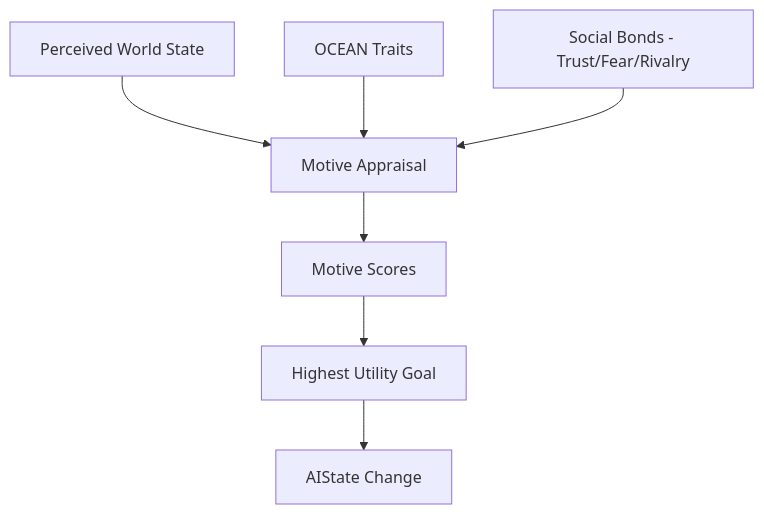
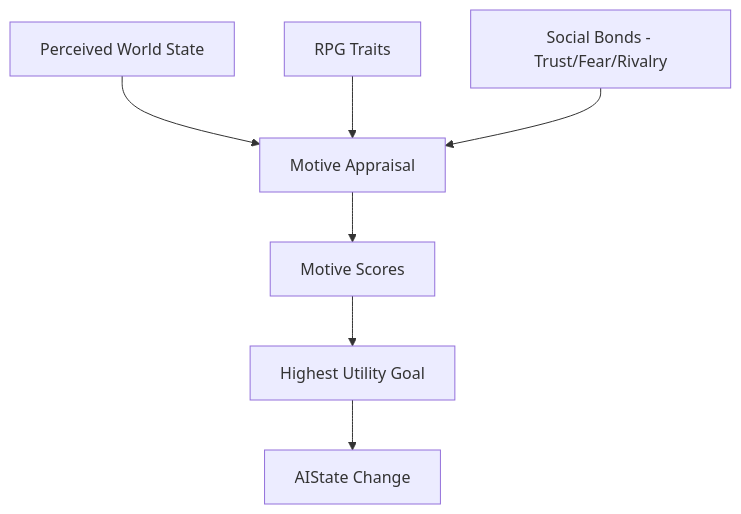
Before and after one commit to ttnhan18062000/rpg-based-simulation: the diagram in docs/superpowers/specs/2026-04-07-personality-relationships-design.md, drawn with Mermaid. The commit also changed other lines of this file and 127 other files, not shown here.

````diff
--- a/docs/superpowers/specs/2026-04-07-personality-relationships-design.md
+++ b/docs/superpowers/specs/2026-04-07-personality-relationships-design.md
@@ -25,9 +27,9 @@
 ```mermaid
 graph TD
     A[Perceived World State] --> D[Motive Appraisal]
-    B[OCEAN Traits] --> D
+    B[RPG Traits] --> D
     C[Social Bonds - Trust/Fear/Rivalry] --> D
     D --> E[Motive Scores]
     E --> F[Highest Utility Goal]
     F --> G[AIState Change]
 ```
````
